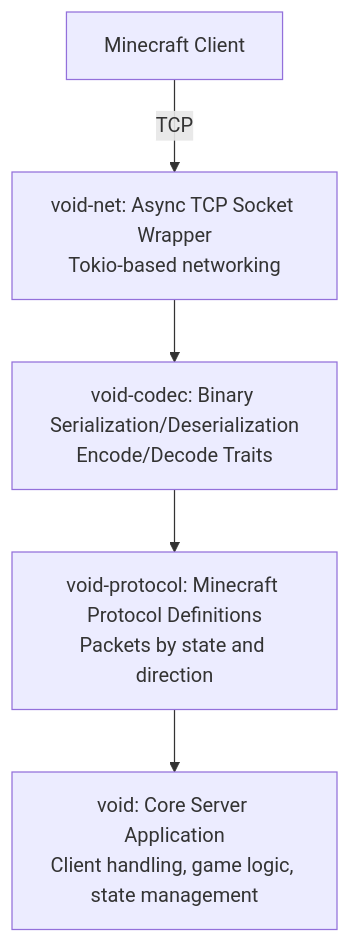
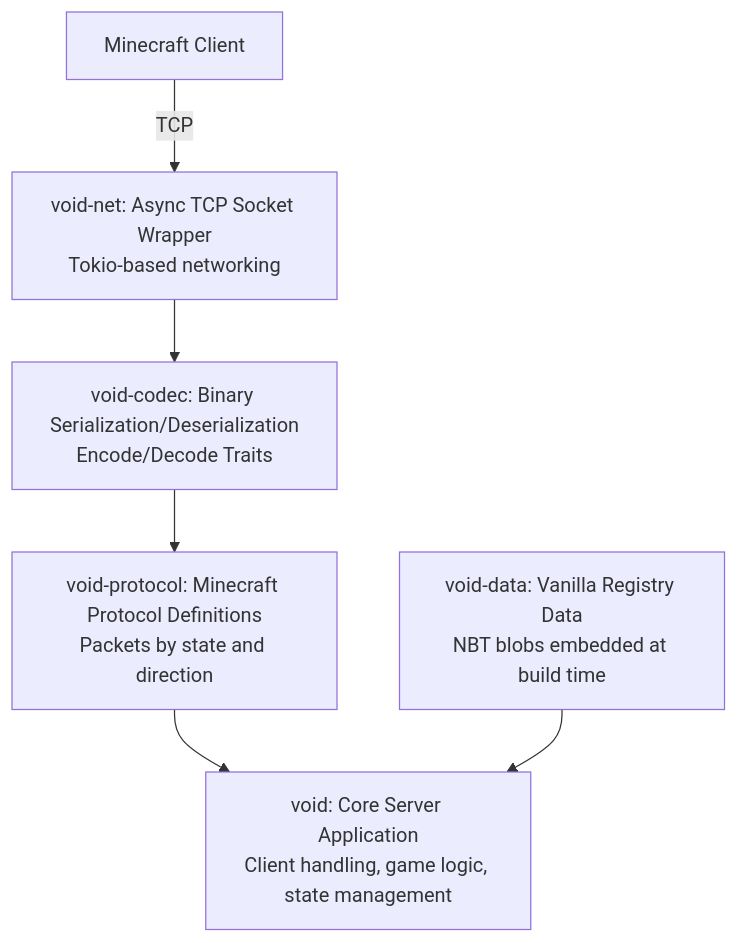
The first of 2 diagrams in void-docs/docs/architecture/index.md (VoidMinecraft/VoidMC), drawn with Mermaid before and after one commit. The commit also changed other lines of this file, not shown here.

Commit message:
docs(architecture): document void-data and void-example crates

````diff
--- a/void-docs/docs/architecture/index.md
+++ b/void-docs/docs/architecture/index.md
@@ -9,7 +9,8 @@
 ```mermaid
 graph TD
     Client[Minecraft Client] -->|TCP| Net[void-net: Async TCP Socket Wrapper<br/>Tokio-based networking]
     Net --> Codec[void-codec: Binary Serialization/Deserialization<br/>Encode/Decode Traits]
     Codec --> Protocol[void-protocol: Minecraft Protocol Definitions<br/>Packets by state and direction]
     Protocol --> Core[void: Core Server Application<br/>Client handling, game logic, state management]
+    Data[void-data: Vanilla Registry Data<br/>NBT blobs embedded at build time] --> Core
 ```
````
